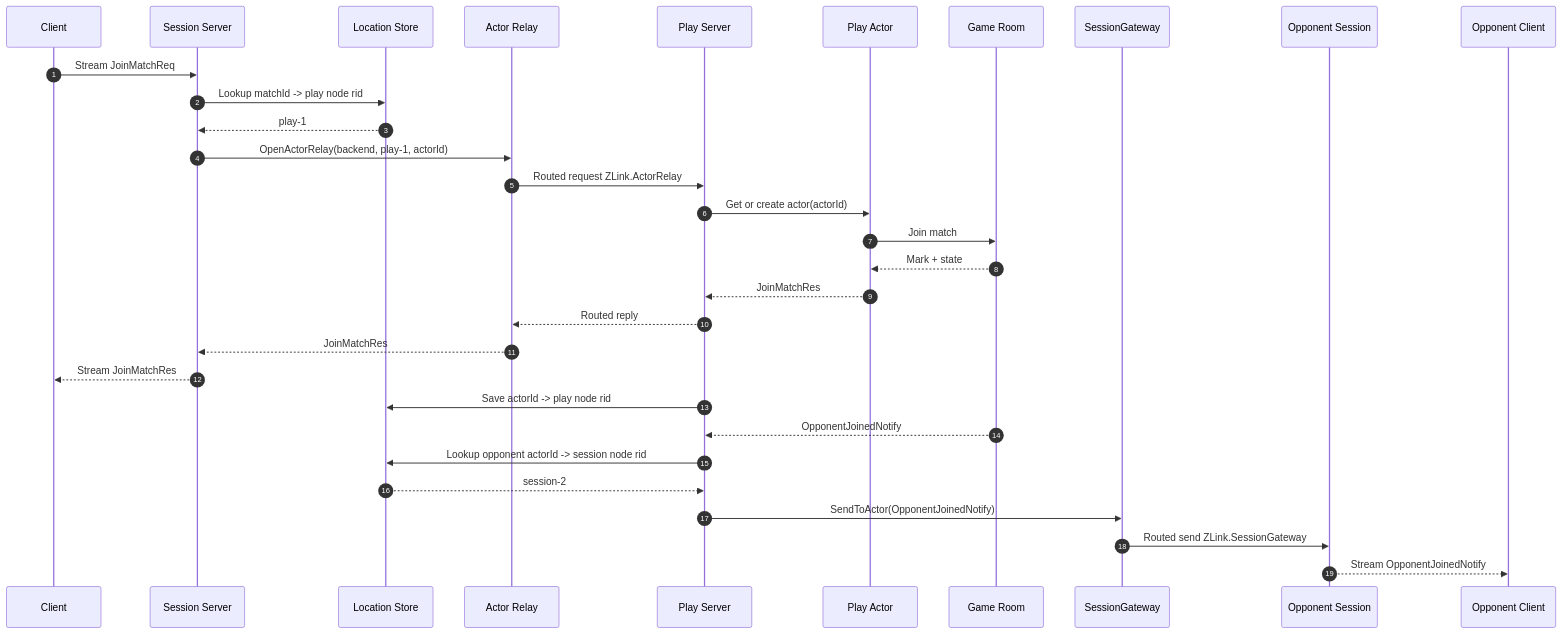
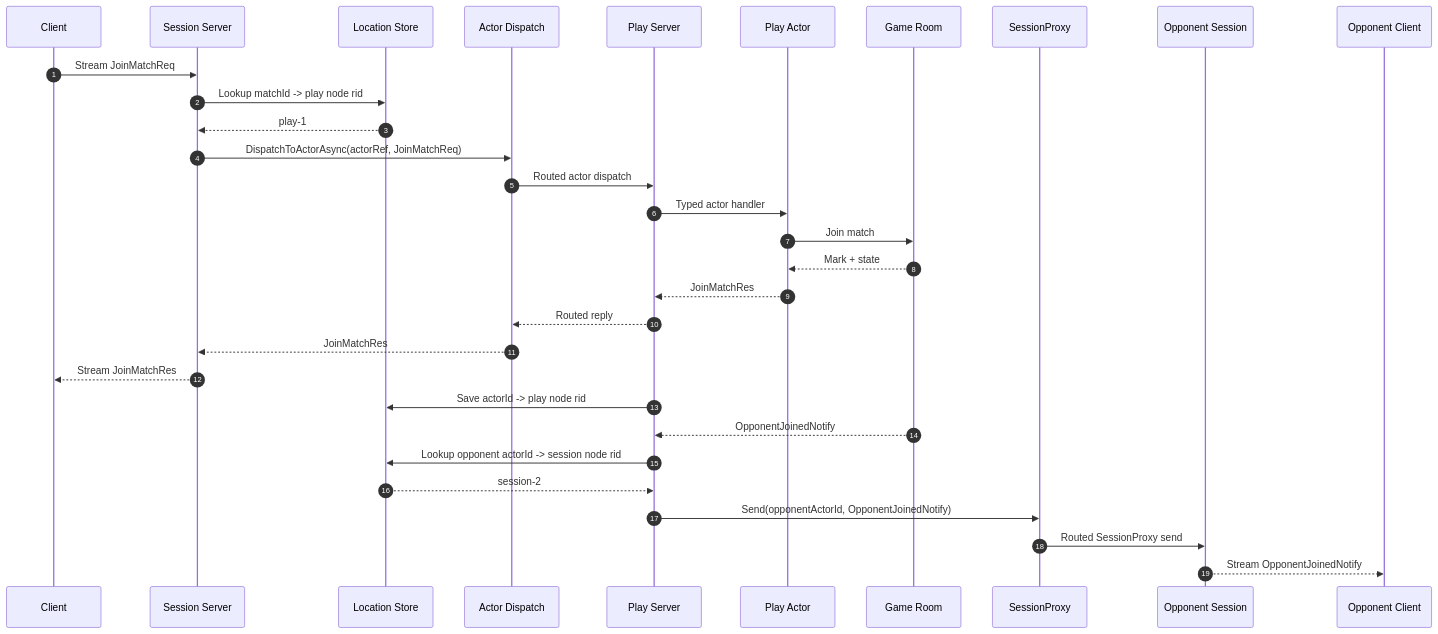
Before and after one commit to kairos-code-dev/zlink: the fourth of 7 diagrams in framework/doc/spec/sample/tictactoe/session-gateway.ko.md, drawn with Mermaid. The commit also changed other lines of this file and 41 other files, not shown here.

Commit message:
Update spot runtime and session actor dispatch plan

````diff
--- a/framework/doc/spec/sample/tictactoe/session-gateway.ko.md
+++ b/framework/doc/spec/sample/tictactoe/session-gateway.ko.md
@@ -246,34 +247,34 @@
 ```mermaid
 sequenceDiagram
     autonumber
     participant C as Client
     participant S as Session Server
     participant STORE as Location Store
-    participant R as Actor Relay
+    participant R as Actor Dispatch
     participant P as Play Server
     participant A as Play Actor
     participant ROOM as Game Room
-    participant GW as SessionGateway
+    participant SP as SessionProxy
     participant OS as Opponent Session
     participant OC as Opponent Client
 
     C->>S: Stream JoinMatchReq
     S->>STORE: Lookup matchId -> play node rid
     STORE-->>S: play-1
-    S->>R: OpenActorRelay(backend, play-1, actorId)
-    R->>P: Routed request ZLink.ActorRelay
-    P->>A: Get or create actor(actorId)
+    S->>R: DispatchToActorAsync(actorRef, JoinMatchReq)
+    R->>P: Routed actor dispatch
+    P->>A: Typed actor handler
     A->>ROOM: Join match
     ROOM-->>A: Mark + state
     A-->>P: JoinMatchRes
     P-->>R: Routed reply
     R-->>S: JoinMatchRes
     S-->>C: Stream JoinMatchRes
     P->>STORE: Save actorId -> play node rid
     ROOM-->>P: OpponentJoinedNotify
     P->>STORE: Lookup opponent actorId -> session node rid
     STORE-->>P: session-2
-    P->>GW: SendToActor(OpponentJoinedNotify)
-    GW->>OS: Routed send ZLink.SessionGateway
+    P->>SP: Send(opponentActorId, OpponentJoinedNotify)
+    SP->>OS: Routed SessionProxy send
     OS-->>OC: Stream OpponentJoinedNotify
 ```
````
